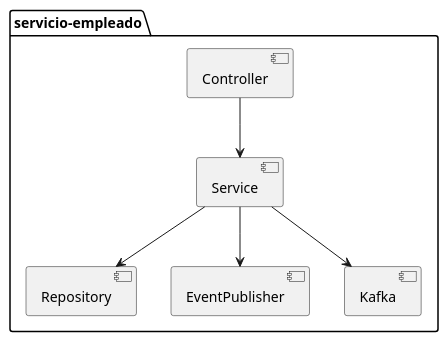
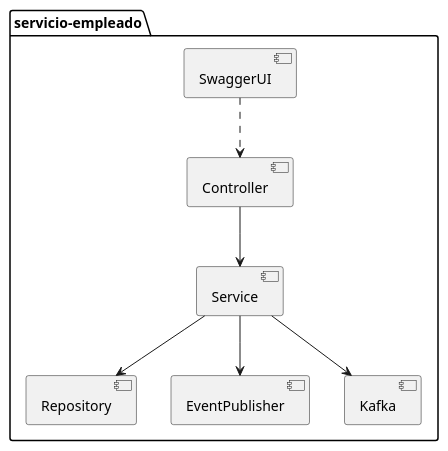
The diagram in servicio-empleado/docs/uml/local/component/empleado_component.puml (msamia/rrhh), drawn with PlantUML before and after one commit. The commit also changed 21 other files, not shown here.

```diff
--- a/servicio-empleado/docs/uml/local/component/empleado_component.puml
+++ b/servicio-empleado/docs/uml/local/component/empleado_component.puml
@@ -1,8 +1,9 @@
 @startuml
 package "servicio-empleado" {
+  [SwaggerUI] ..> [Controller]
   [Controller] --> [Service]
   [Service] --> [Repository]
   [Service] --> [EventPublisher]
   [Service] --> [Kafka]
 }
 @enduml
```
